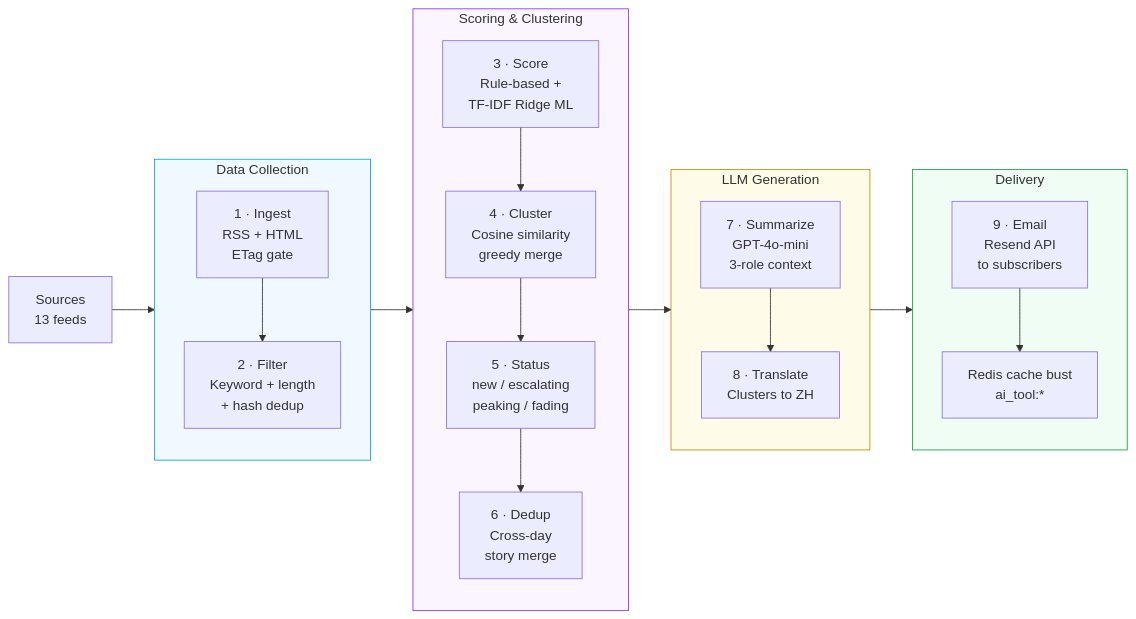
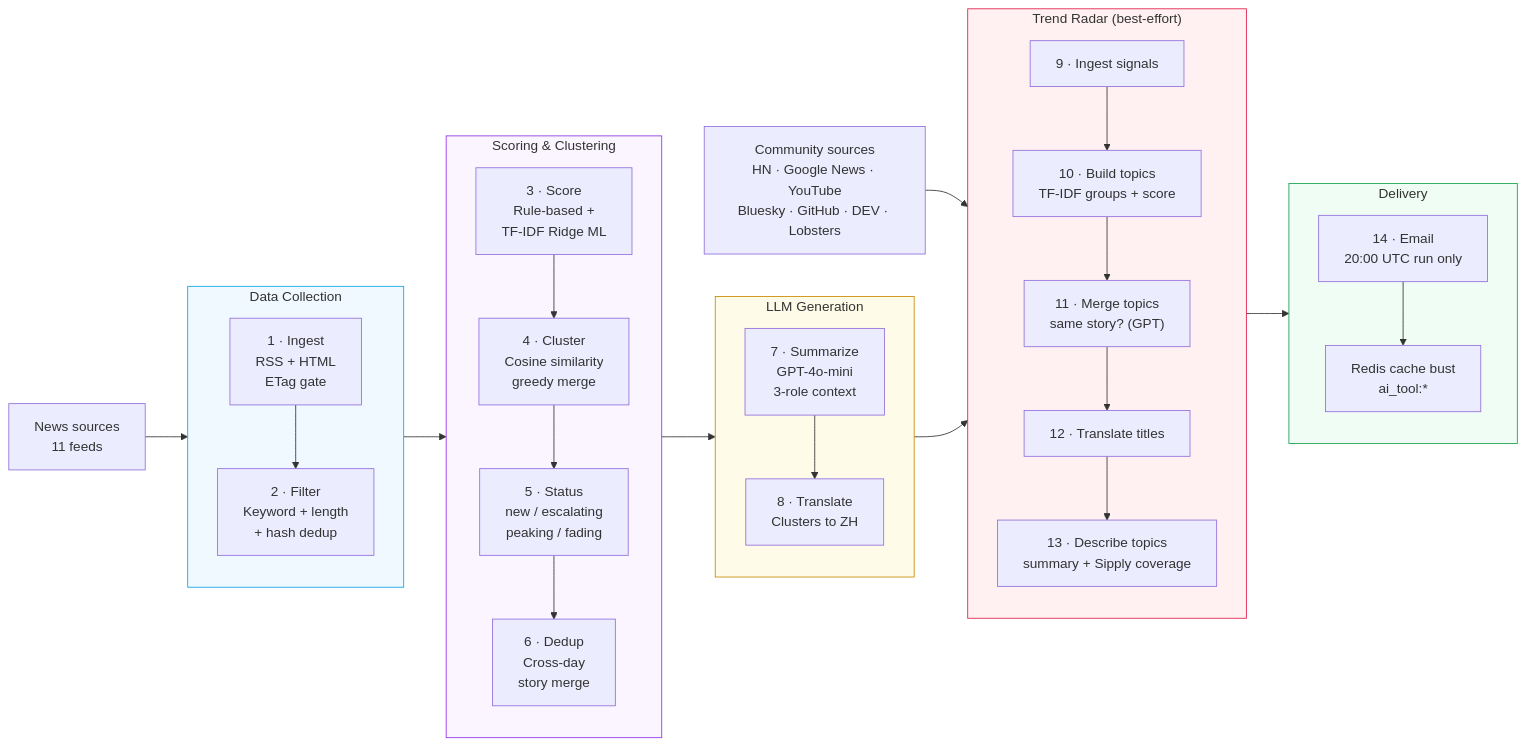
One commit to fanyang-888/Sipply-Artificial-Intelligence-news-aggregator changed the diagram in README.md. Above: the diagram before and after it, drawn with Mermaid. The commit also changed other lines of this file and 1 other file, not shown here.

First line of the commit message:
docs: README for the current pipeline, Trend Radar and GEO

````diff
--- a/README.md
+++ b/README.md
@@ -58,41 +64,54 @@
 ```mermaid
 flowchart LR
-    SRC["Sources\n13 feeds"]
+    SRC["News sources\n11 feeds"]
+    SIG["Community sources\nHN · Google News · YouTube\nBluesky · GitHub · DEV · Lobsters"]
 
     subgraph COLLECT["Data Collection"]
         direction TB
         S1["1 · Ingest\nRSS + HTML\nETag gate"]
         S2["2 · Filter\nKeyword + length\n+ hash dedup"]
         S1 --> S2
     end
 
     subgraph SCORE["Scoring & Clustering"]
         direction TB
         S3["3 · Score\nRule-based +\nTF-IDF Ridge ML"]
         S4["4 · Cluster\nCosine similarity\ngreedy merge"]
         S5["5 · Status\nnew / escalating\npeaking / fading"]
         S6["6 · Dedup\nCross-day\nstory merge"]
         S3 --> S4 --> S5 --> S6
     end
 
     subgraph GENERATE["LLM Generation"]
         direction TB
         S7["7 · Summarize\nGPT-4o-mini\n3-role context"]
         S8["8 · Translate\nClusters to ZH"]
         S7 --> S8
     end
 
+    subgraph RADAR["Trend Radar (best-effort)"]
+        direction TB
+        R1["9 · Ingest signals"]
+        R2["10 · Build topics\nTF-IDF groups + score"]
+        R3["11 · Merge topics\nsame story? (GPT)"]
+        R4["12 · Translate titles"]
+        R5["13 · Describe topics\nsummary + Sipply coverage"]
+        R1 --> R2 --> R3 --> R4 --> R5
+    end
+
     subgraph DELIVER["Delivery"]
         direction TB
-        S9["9 · Email\nResend API\nto subscribers"]
+        S9["14 · Email\n20:00 UTC run only"]
         CACHE["Redis cache bust\nai_tool:*"]
         S9 --> CACHE
     end
 
-    SRC --> COLLECT --> SCORE --> GENERATE --> DELIVER
+    SRC --> COLLECT --> SCORE --> GENERATE --> RADAR --> DELIVER
+    SIG --> R1
 
     style COLLECT  fill:#f0f9ff,stroke:#0ea5e9
     style SCORE    fill:#faf5ff,stroke:#9333ea
     style GENERATE fill:#fefce8,stroke:#ca8a04
+    style RADAR    fill:#fff1f2,stroke:#e11d48
     style DELIVER  fill:#f0fdf4,stroke:#16a34a
 ```
````
